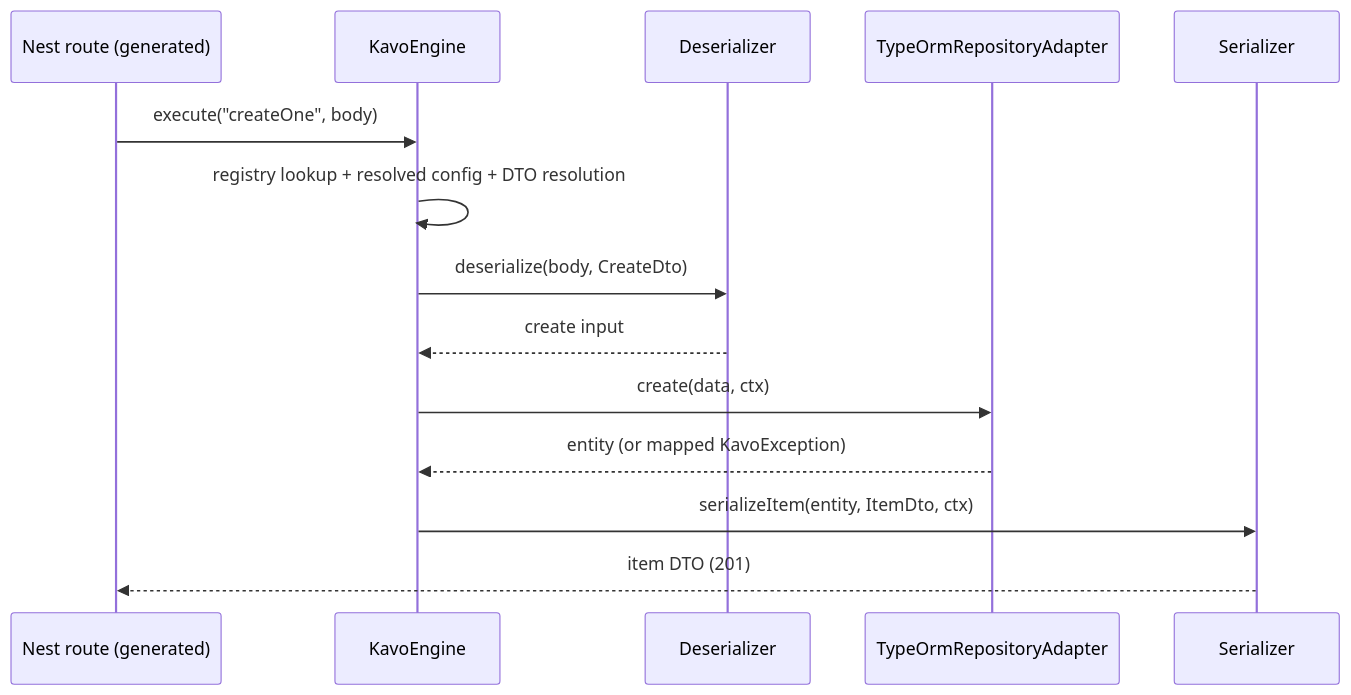
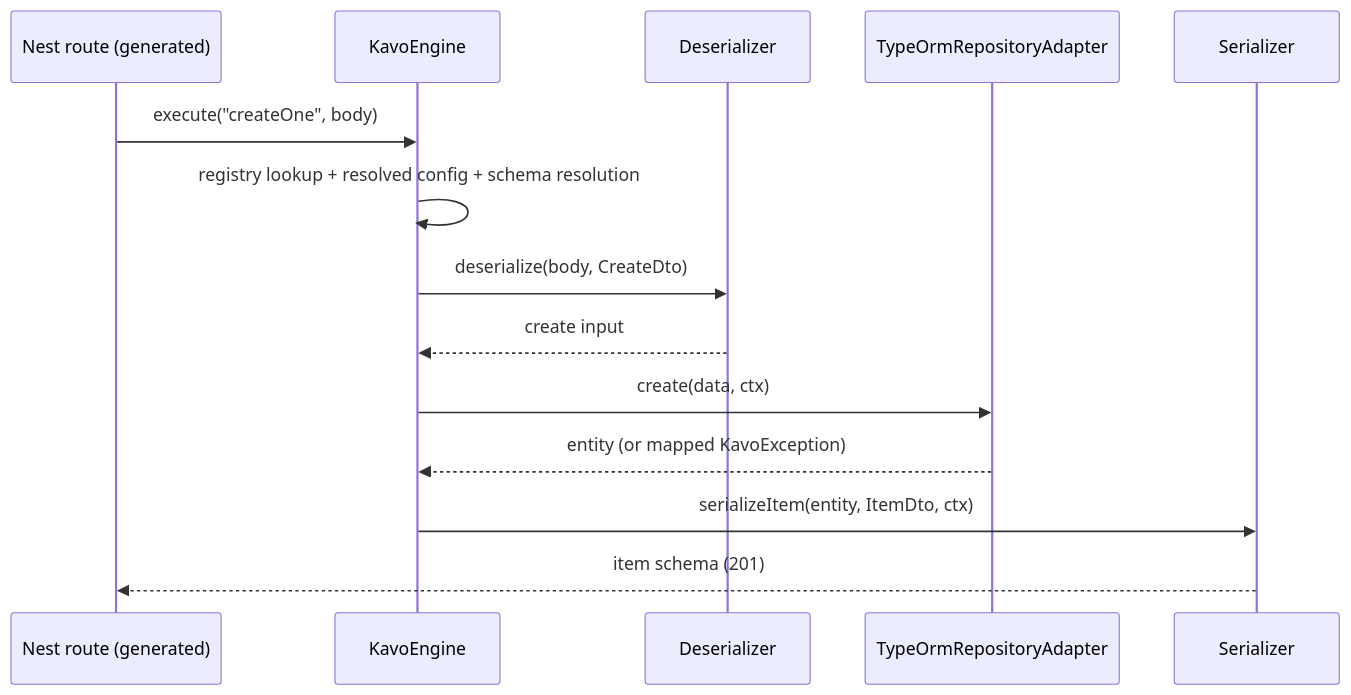
Before and after one commit to kavo-labs/kavo: the second of 5 diagrams in docs/internals/architecture/01-system-architecture.md, drawn with Mermaid. The commit also changed other lines of this file and 147 other files, not shown here.

First line of the commit message:
feat!: remove dto config key; schema absorbs it (#475)

````diff
--- a/docs/internals/architecture/01-system-architecture.md
+++ b/docs/internals/architecture/01-system-architecture.md
@@ -192,16 +192,16 @@
 ```mermaid
 sequenceDiagram
     participant C as Nest route (generated)
     participant E as KavoEngine
     participant D as Deserializer
     participant A as TypeOrmRepositoryAdapter
     participant S as Serializer
     C->>E: execute("createOne", body)
-    E->>E: registry lookup + resolved config + DTO resolution
+    E->>E: registry lookup + resolved config + schema resolution
     E->>D: deserialize(body, CreateDto)
     D-->>E: create input
     E->>A: create(data, ctx)
     A-->>E: entity (or mapped KavoException)
     E->>S: serializeItem(entity, ItemDto, ctx)
-    S-->>C: item DTO (201)
+    S-->>C: item schema (201)
 ```
````
